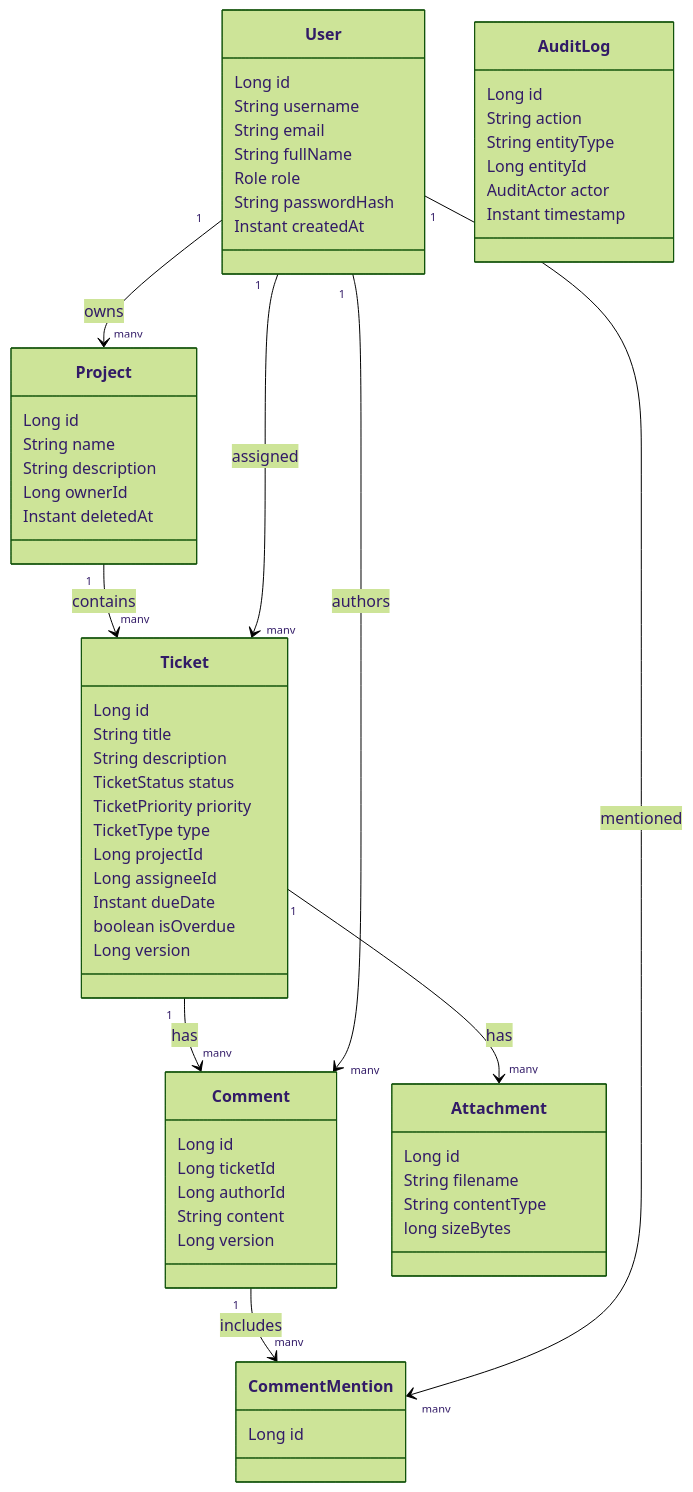
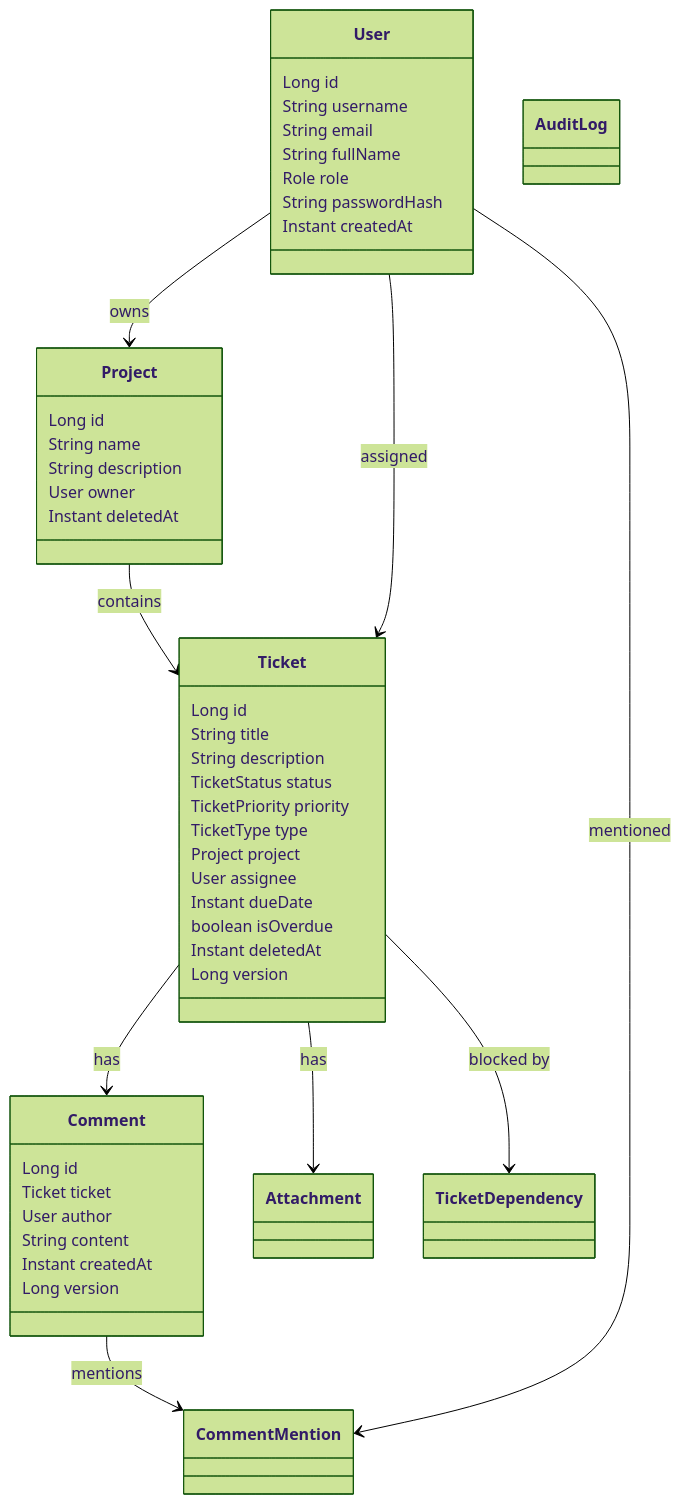
Before and after one commit to yardenmizrahi/ticketManagment: the second of 3 diagrams in design.md, drawn with Mermaid (forest theme). The commit also changed other lines of this file and 21 other files, not shown here.

Commit message:
changes: tests (user, ticket status), changed ticket status to 1 status each time) readme, design, run, instructions, testing

````diff
--- a/design.md
+++ b/design.md
@@ -155,64 +37,54 @@
 ```mermaid
 classDiagram
     class User {
       Long id
       String username
       String email
       String fullName
       Role role
       String passwordHash
       Instant createdAt
     }
     class Project {
       Long id
       String name
       String description
-      Long ownerId
+      User owner
       Instant deletedAt
     }
     class Ticket {
       Long id
       String title
       String description
       TicketStatus status
       TicketPriority priority
       TicketType type
-      Long projectId
-      Long assigneeId
+      Project project
+      User assignee
       Instant dueDate
       boolean isOverdue
+      Instant deletedAt
       Long version
     }
     class Comment {
       Long id
-      Long ticketId
-      Long authorId
+      Ticket ticket
+      User author
       String content
+      Instant createdAt
       Long version
     }
-    class CommentMention {
-      Long id
-    }
-    class Attachment {
-      Long id
-      String filename
-      String contentType
-      long sizeBytes
-    }
-    class AuditLog {
-      Long id
-      String action
-      String entityType
-      Long entityId
-      AuditActor actor
-      Instant timestamp
-    }
-    User "1" --> "many" Project : owns
-    Project "1" --> "many" Ticket : contains
-    User "1" --> "many" Ticket : assigned
-    Ticket "1" --> "many" Comment : has
-    User "1" --> "many" Comment : authors
-    Comment "1" --> "many" CommentMention : includes
-    User "1" --> "many" CommentMention : mentioned
-    Ticket "1" --> "many" Attachment : has
+    class CommentMention
+    class Attachment
+    class TicketDependency
+    class AuditLog
+
+    User --> Project : owns
+    Project --> Ticket : contains
+    User --> Ticket : assigned
+    Ticket --> Comment : has
+    Comment --> CommentMention : mentions
+    User --> CommentMention : mentioned
+    Ticket --> Attachment : has
+    Ticket --> TicketDependency : blocked by
 ```
````
